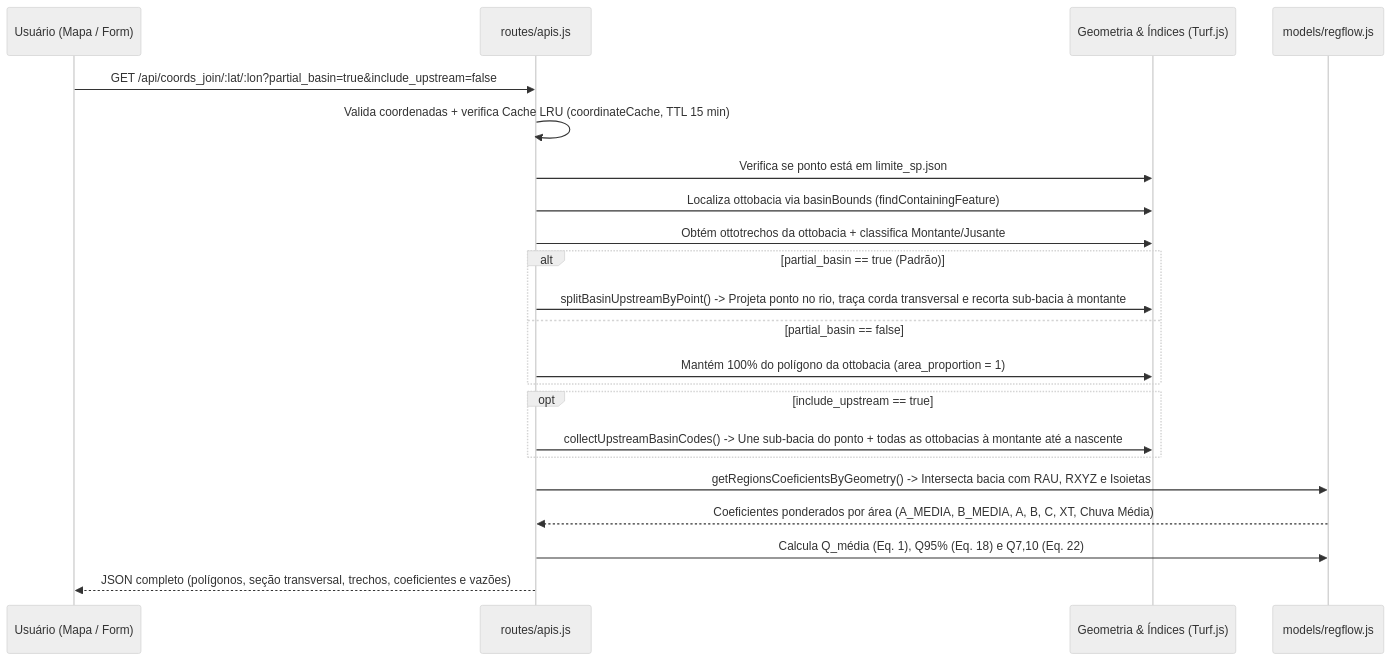
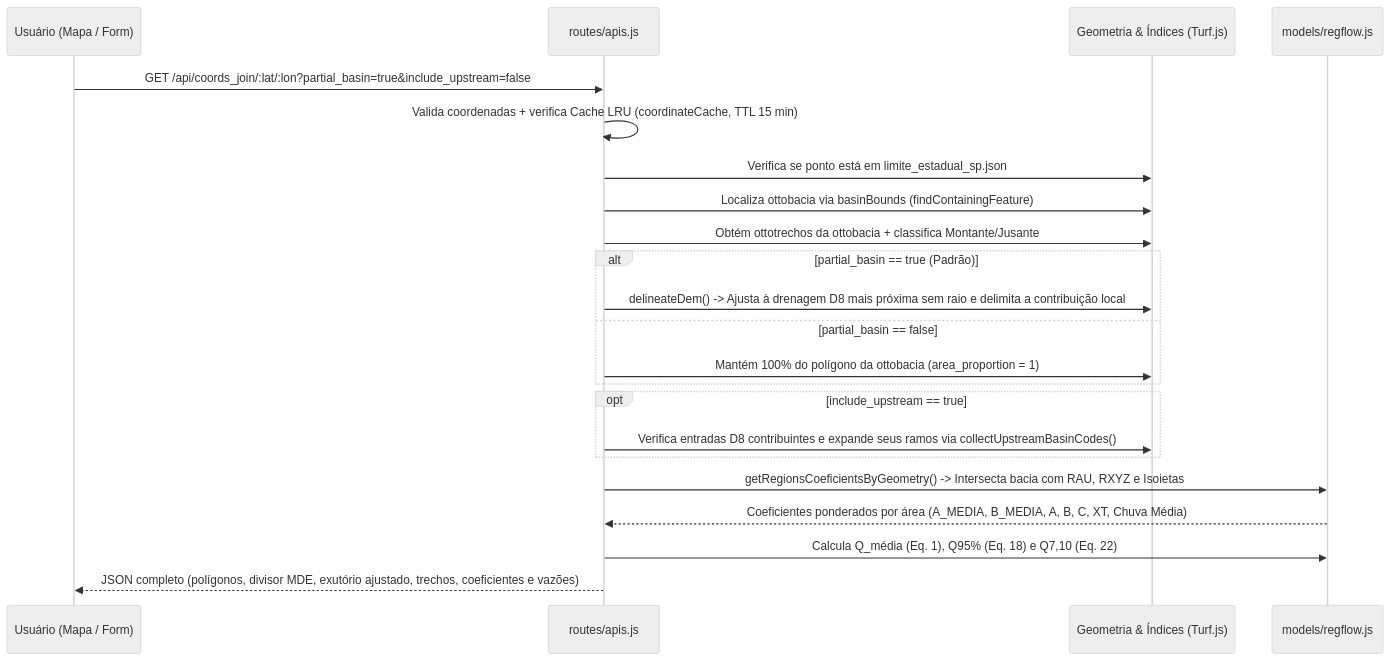
One commit to diegomonteiro/daee-reg-flow changed the second of 2 diagrams in docs/ARCHITECTURE.md. Above: the diagram before and after it, drawn with Mermaid (neutral theme). The commit also changed other lines of this file and 31 other files, not shown here.

````diff
--- a/docs/ARCHITECTURE.md
+++ b/docs/ARCHITECTURE.md
@@ -117,25 +117,25 @@
 ```mermaid
 sequenceDiagram
     participant U as Usuário (Mapa / Form)
     participant API as routes/apis.js
     participant Geo as Geometria & Índices (Turf.js)
     participant Hydro as models/regflow.js
 
     U->>API: GET /api/coords_join/:lat/:lon?partial_basin=true&include_upstream=false
     API->>API: Valida coordenadas + verifica Cache LRU (coordinateCache, TTL 15 min)
-    API->>Geo: Verifica se ponto está em limite_sp.json
+    API->>Geo: Verifica se ponto está em limite_estadual_sp.json
     API->>Geo: Localiza ottobacia via basinBounds (findContainingFeature)
     API->>Geo: Obtém ottotrechos da ottobacia + classifica Montante/Jusante
     alt partial_basin == true (Padrão)
-        API->>Geo: splitBasinUpstreamByPoint() -> Projeta ponto no rio, traça corda transversal e recorta sub-bacia à montante
+        API->>Geo: delineateDem() -> Ajusta à drenagem D8 mais próxima sem raio e delimita a contribuição local
     else partial_basin == false
         API->>Geo: Mantém 100% do polígono da ottobacia (area_proportion = 1)
     end
     opt include_upstream == true
-        API->>Geo: collectUpstreamBasinCodes() -> Une sub-bacia do ponto + todas as ottobacias à montante até a nascente
+        API->>Geo: Verifica entradas D8 contribuintes e expande seus ramos via collectUpstreamBasinCodes()
     end
     API->>Hydro: getRegionsCoeficientsByGeometry() -> Intersecta bacia com RAU, RXYZ e Isoietas
     Hydro-->>API: Coeficientes ponderados por área (A_MEDIA, B_MEDIA, A, B, C, XT, Chuva Média)
     API->>Hydro: Calcula Q_média (Eq. 1), Q95% (Eq. 18) e Q7,10 (Eq. 22)
-    API-->>U: JSON completo (polígonos, seção transversal, trechos, coeficientes e vazões)
+    API-->>U: JSON completo (polígonos, divisor MDE, exutório ajustado, trechos, coeficientes e vazões)
 ```
````
